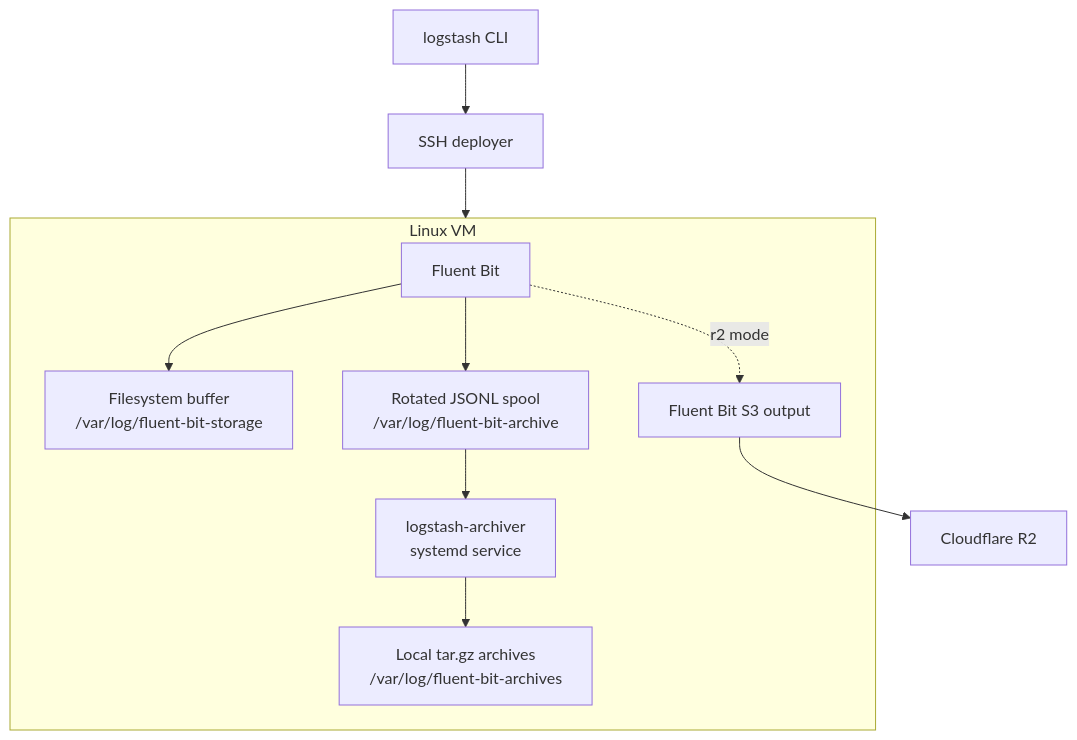
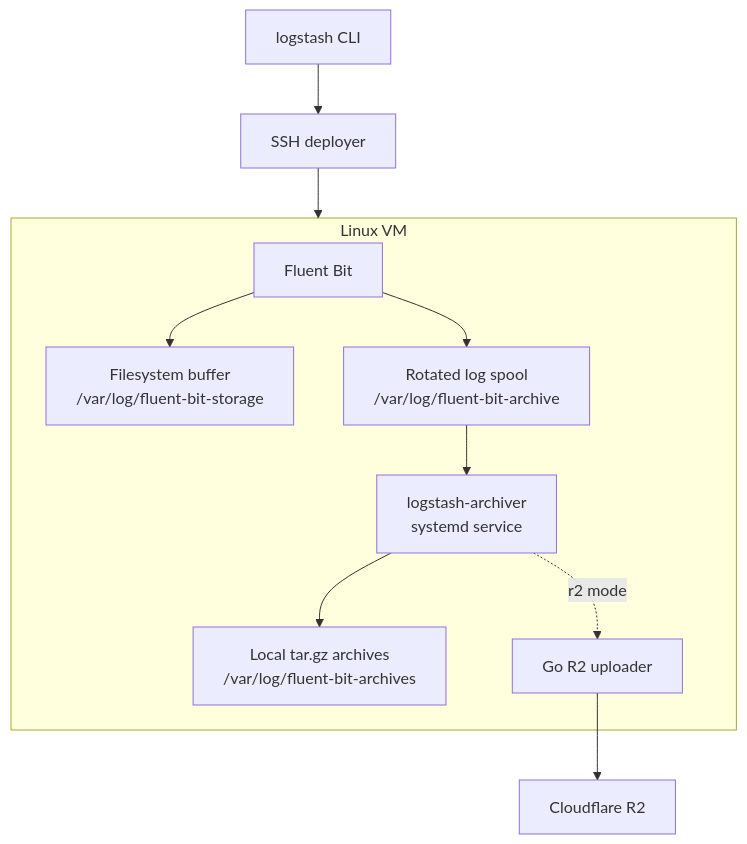
The diagram in README.md (D-VSec/logstash-backend), drawn with Mermaid before and after one commit. The commit also changed other lines of this file and 17 other files, not shown here.

````diff
--- a/README.md
+++ b/README.md
@@ -32,22 +30,22 @@
 ```mermaid
 flowchart TB
     CLI["logstash CLI"] --> DEPLOY["SSH deployer"]
     DEPLOY --> VM["Linux VM"]
 
     subgraph VM["Linux VM"]
         FB["Fluent Bit"]
         BUFFER["Filesystem buffer\n/var/log/fluent-bit-storage"]
-        SPOOL["Rotated JSONL spool\n/var/log/fluent-bit-archive"]
+        SPOOL["Rotated log spool\n/var/log/fluent-bit-archive"]
         ARCH["logstash-archiver\nsystemd service"]
         LOCAL["Local tar.gz archives\n/var/log/fluent-bit-archives"]
-        R2DIRECT["Fluent Bit S3 output"]
+        R2UPLOAD["Go R2 uploader"]
 
         FB --> BUFFER
         FB --> SPOOL
         SPOOL --> ARCH
         ARCH --> LOCAL
-        FB -. r2 mode .-> R2DIRECT
+        ARCH -. r2 mode .-> R2UPLOAD
     end
 
-    R2DIRECT --> R2["Cloudflare R2"]
+      R2UPLOAD --> R2["Cloudflare R2"]
 ```
````
